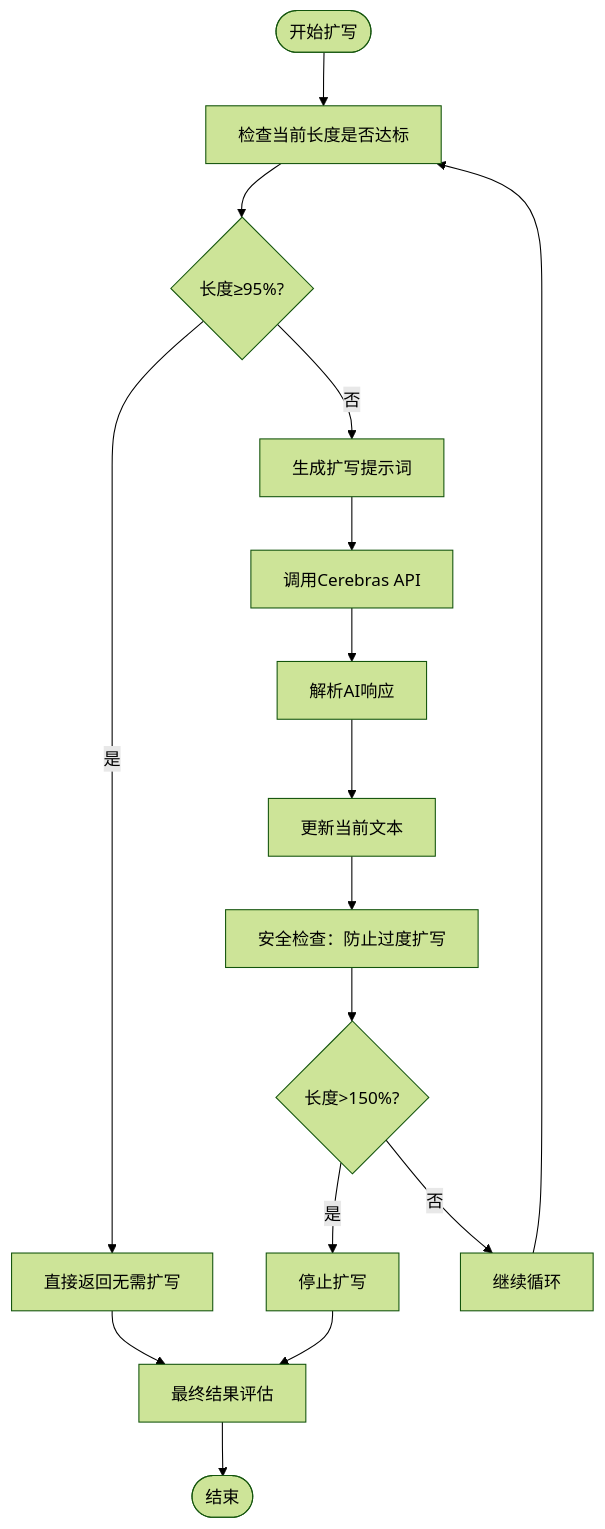
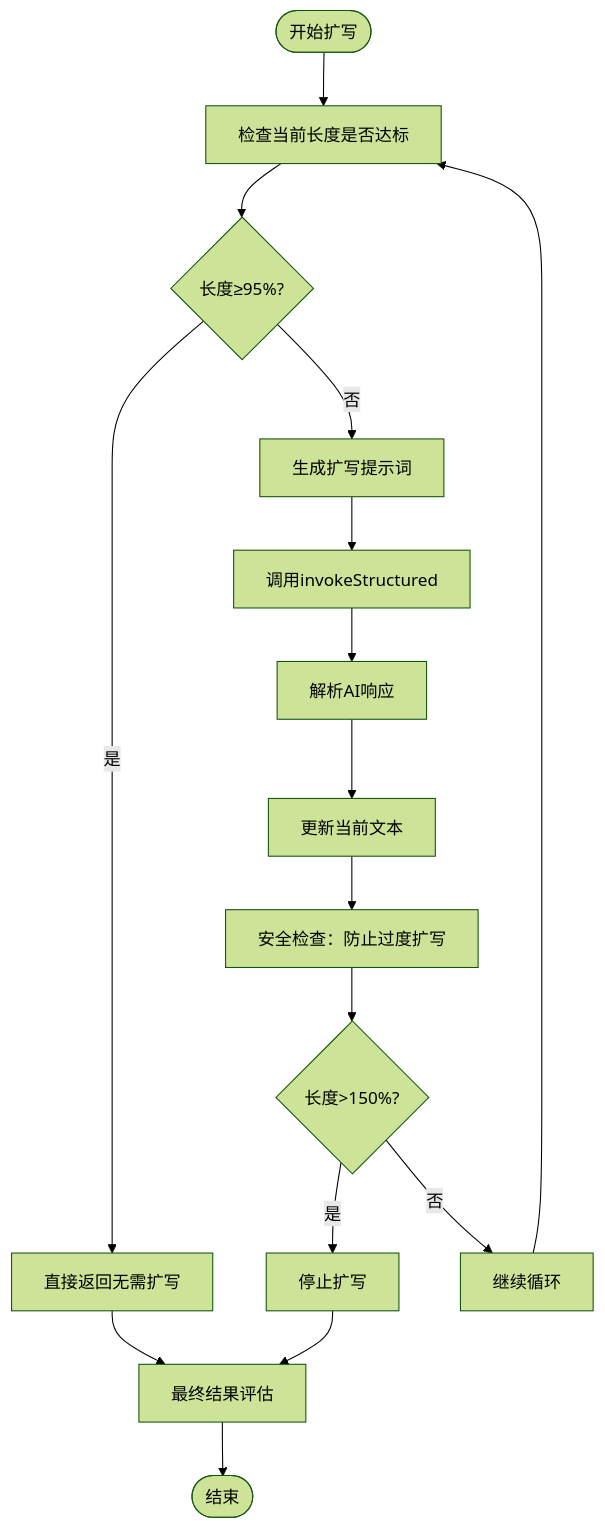
Before and after one commit to arthurlee116/english-listening-trainer: the fifth of 6 diagrams in .qoder/repowiki/zh/content/后端API接口/AI内容生成API/转录文本生成API.md, drawn with Mermaid (forest theme). The commit also changed other lines of this file and 58 other files, not shown here.

````diff
--- a/.qoder/repowiki/zh/content/后端API接口/AI内容生成API/转录文本生成API.md
+++ b/.qoder/repowiki/zh/content/后端API接口/AI内容生成API/转录文本生成API.md
@@ -165,18 +179,18 @@
 ```mermaid
 flowchart TD
 Start([开始扩写]) --> CheckLength["检查当前长度是否达标"]
 CheckLength --> IsEnough{"长度≥95%?"}
 IsEnough --> |是| ReturnSuccess["直接返回无需扩写"]
 IsEnough --> |否| GeneratePrompt["生成扩写提示词"]
-GeneratePrompt --> CallAI["调用Cerebras API"]
+GeneratePrompt --> CallAI["调用invokeStructured"]
 CallAI --> ParseResult["解析AI响应"]
 ParseResult --> UpdateText["更新当前文本"]
 UpdateText --> SafetyCheck["安全检查：防止过度扩写"]
 SafetyCheck --> TooLong{"长度>150%?"}
 TooLong --> |是| BreakLoop["停止扩写"]
 TooLong --> |否| ContinueLoop["继续循环"]
 ContinueLoop --> CheckLength
 BreakLoop --> FinalCheck["最终结果评估"]
 ReturnSuccess --> FinalCheck
 FinalCheck --> End([结束])
 ```
````
